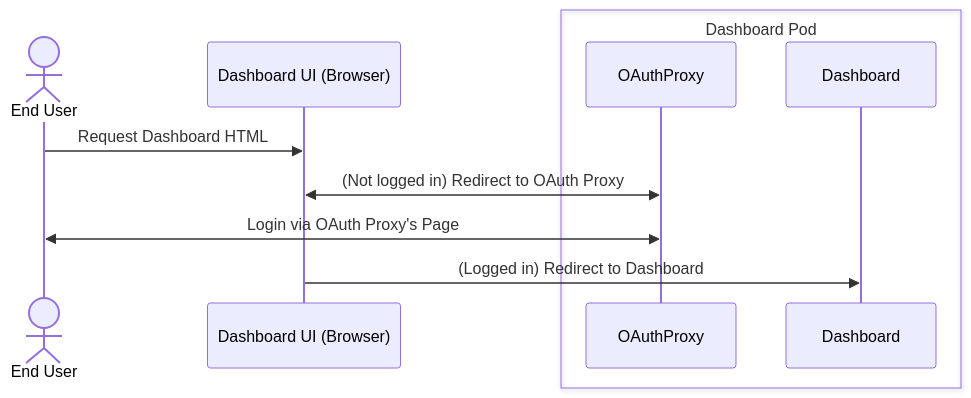
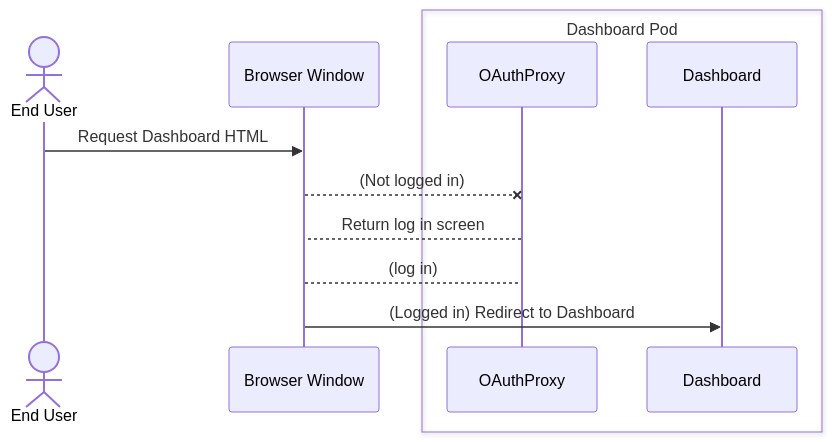
One commit to andrewballantyne/architecture-decision-records changed the diagram in documentation/components/dashboard/README.md. Above: the diagram before and after it, drawn with Mermaid.

````diff
--- a/documentation/components/dashboard/README.md
+++ b/documentation/components/dashboard/README.md
@@ -23,14 +23,15 @@
 ```mermaid
 sequenceDiagram
     actor EndUser as End User
-    participant Browser as Dashboard UI (Browser)
+    participant Browser as Browser Window
     box Dashboard Pod
     participant OAuthProxy
     participant Dashboard
     end
 
     EndUser->>Browser: Request Dashboard HTML
-    Browser<<->>OAuthProxy: (Not logged in) Redirect to OAuth Proxy
-    EndUser<<->>OAuthProxy: Login via OAuth Proxy's Page
+    Browser--xOAuthProxy: (Not logged in)
+    OAuthProxy-->Browser: Return log in screen
+    Browser-->OAuthProxy: (log in)
     Browser->>Dashboard: (Logged in) Redirect to Dashboard
 ```
````
